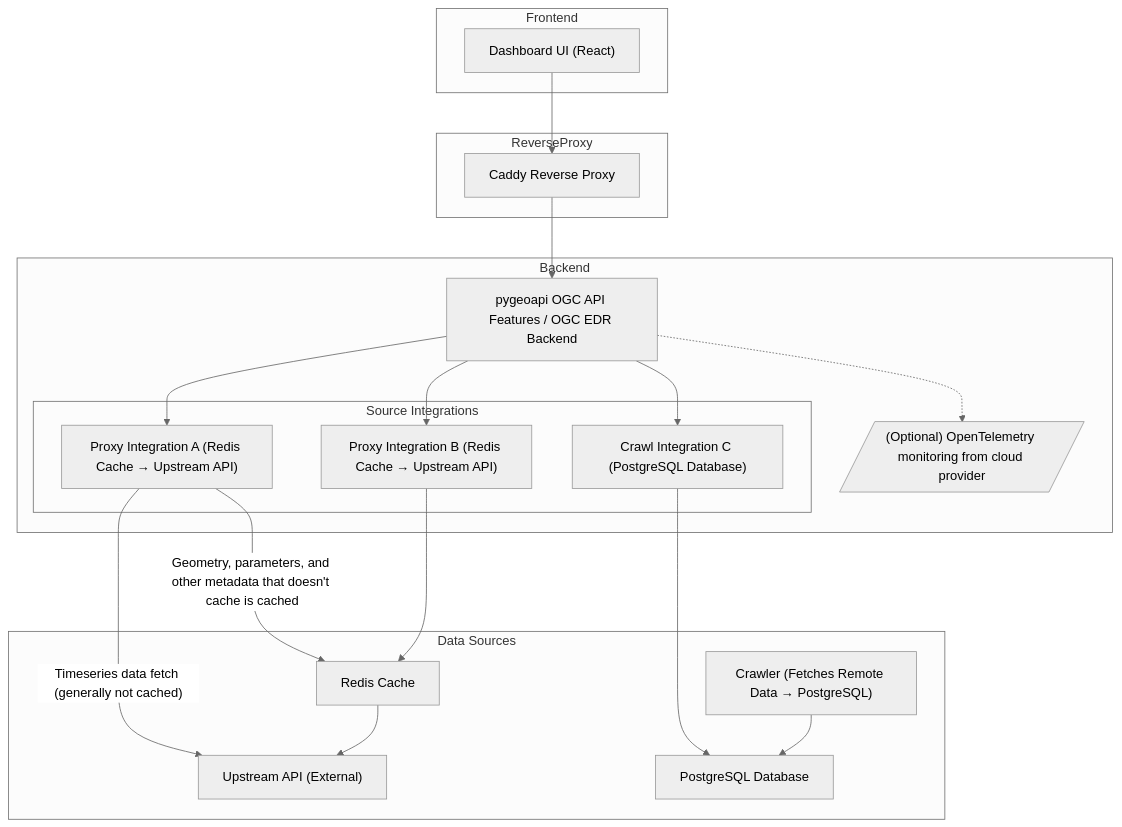
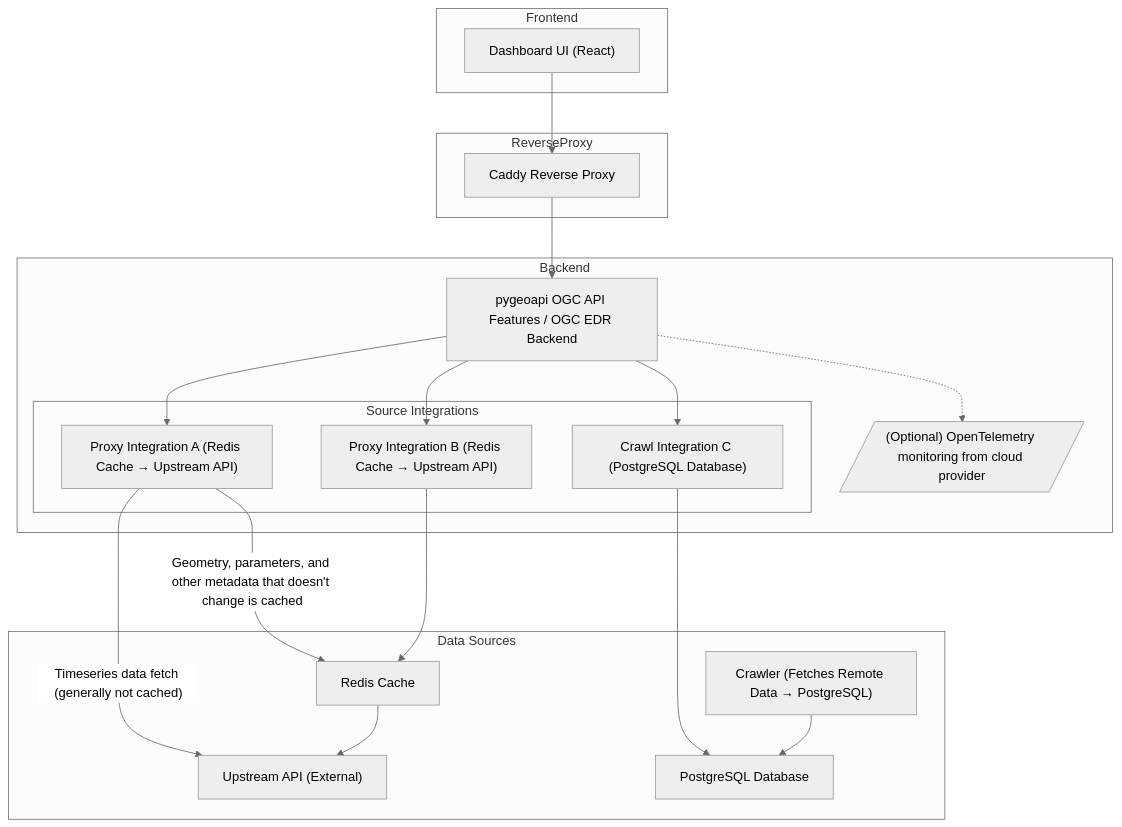
The diagram in docs/cloud_deployment.md (internetofwater/Western-Water-Datahub), drawn with Mermaid (neutral theme) before and after one commit.

````diff
--- a/docs/cloud_deployment.md
+++ b/docs/cloud_deployment.md
@@ -7,46 +7,46 @@
 ```mermaid
 flowchart TD
     subgraph Frontend
         DashboardUI["Dashboard UI (React)"]
     end
 
     subgraph ReverseProxy
         Caddy["Caddy Reverse Proxy"]
     end
 
     subgraph Backend
         Pygeoapi["pygeoapi OGC API Features / OGC EDR Backend"]
 
         subgraph "Source Integrations"
             RedisSource1["Proxy Integration A (Redis Cache → Upstream API)"]
             RedisSource2["Proxy Integration B (Redis Cache → Upstream API)"]
             PostgresSource["Crawl Integration C (PostgreSQL Database)"]
         end
 
         OpenTelemetry[/"(Optional) OpenTelemetry monitoring from cloud provider"/]
     end
 
     subgraph Data Sources
         Redis["Redis Cache"]
         UpstreamAPI["Upstream API (External)"]
         Postgres["PostgreSQL Database"]
         Crawler["Crawler (Fetches Remote Data → PostgreSQL)"]
     end
 
     DashboardUI --> Caddy
     Caddy --> Pygeoapi
 
     Pygeoapi --> RedisSource1
     Pygeoapi --> RedisSource2
     Pygeoapi --> PostgresSource
 
-    RedisSource1 -- "Geometry, parameters, and other metadata that doesn't cache is cached" --> Redis
+    RedisSource1 -- "Geometry, parameters, and other metadata that doesn't change is cached" --> Redis
     RedisSource1 -- "Timeseries data fetch (generally not cached)" --> UpstreamAPI
     RedisSource2 --> Redis
     Redis --> UpstreamAPI
 
     PostgresSource --> Postgres
     Crawler --> Postgres
 
     Pygeoapi -.-> OpenTelemetry
 ```
````
